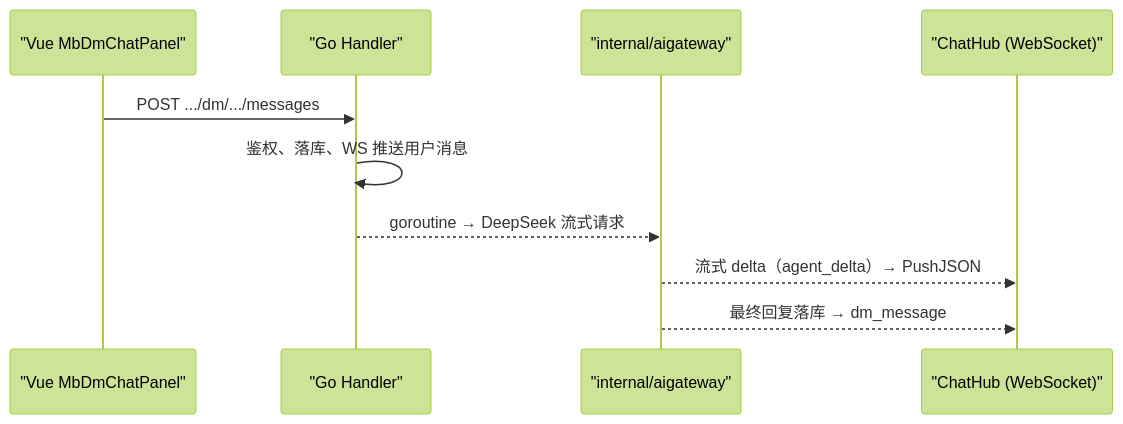
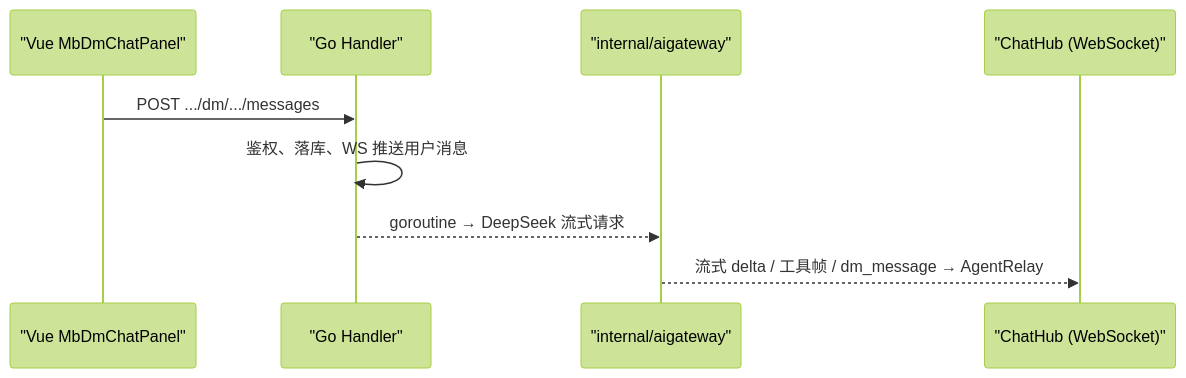
One commit to earthcake2233/cakecake changed the first of 3 diagrams in docs/ai-gateway.md. Above: the diagram before and after it, drawn with Mermaid (forest theme). The commit also changed other lines of this file and 3 other files, not shown here.

````diff
--- a/docs/ai-gateway.md
+++ b/docs/ai-gateway.md
@@ -18,13 +18,12 @@
 ```mermaid
 sequenceDiagram
     participant V as "Vue MbDmChatPanel"
     participant Go as "Go Handler"
     participant AI as "internal/aigateway"
     participant WS as "ChatHub (WebSocket)"
 
     V->>Go: POST .../dm/.../messages
     Go->>Go: 鉴权、落库、WS 推送用户消息
     Go-->>AI: goroutine → DeepSeek 流式请求
-    AI-->>WS: 流式 delta（agent_delta）→ PushJSON
-    AI-->>WS: 最终回复落库 → dm_message
+    AI-->>WS: 流式 delta / 工具帧 / dm_message → AgentRelay
 ```
````
